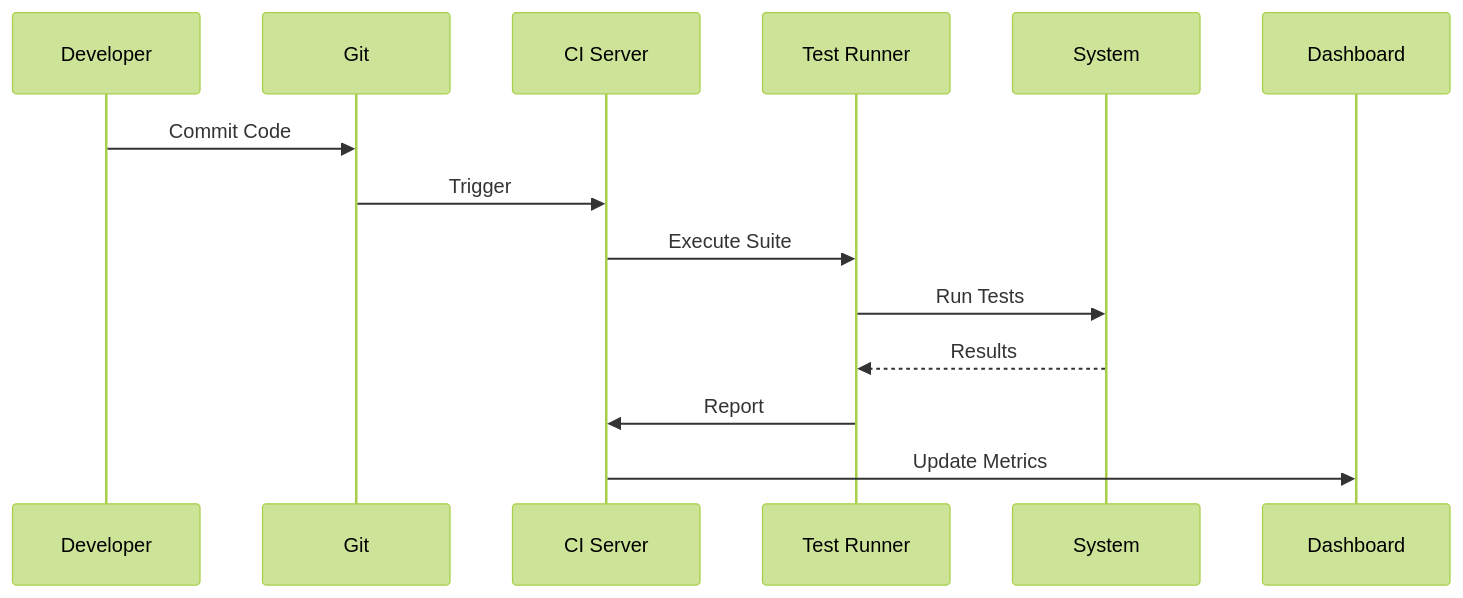
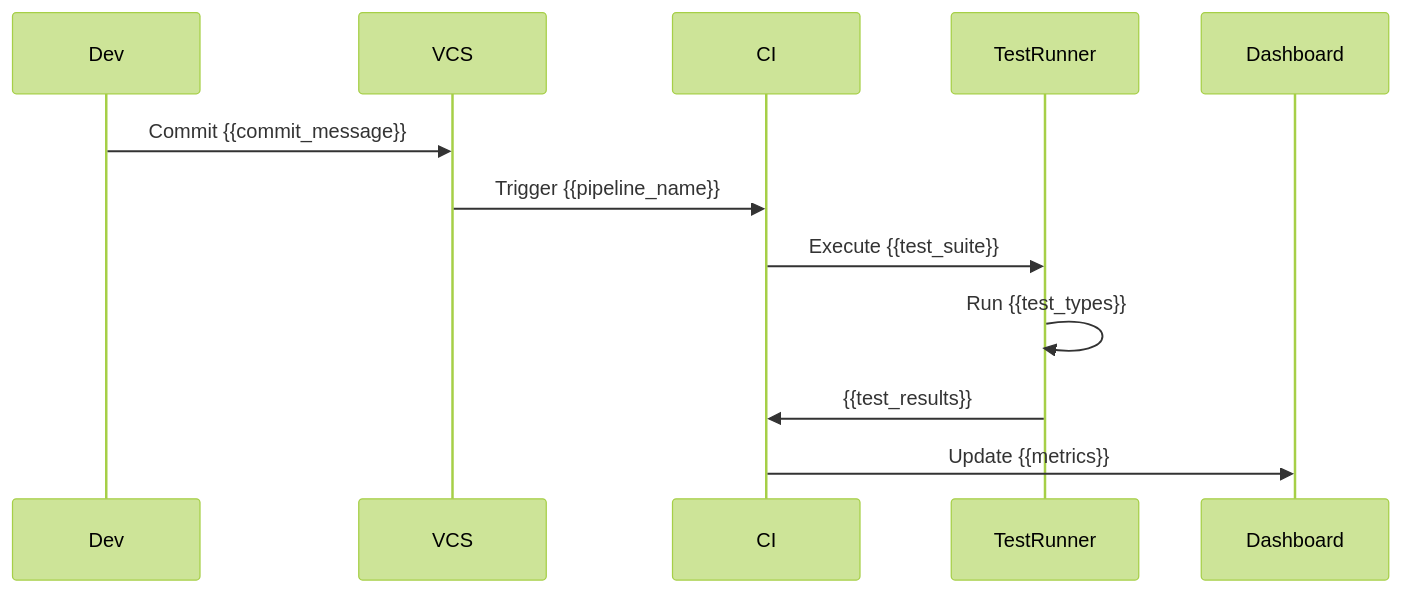
The third of 4 diagrams in templates/TestingContext.md (ppeach/Cline-Starter-Prompt), drawn with Mermaid (forest theme) before and after one commit. The commit also changed other lines of this file, not shown here.

````diff
--- a/templates/TestingContext.md
+++ b/templates/TestingContext.md
@@ -95,10 +99,14 @@
 ```mermaid
 sequenceDiagram
-    Developer->>Git: Commit Code
-    Git->>CI Server: Trigger
-    CI Server->>Test Runner: Execute Suite
-    Test Runner->>System: Run Tests
-    System-->>Test Runner: Results
-    Test Runner->>CI Server: Report
-    CI Server->>Dashboard: Update Metrics
+    participant Dev
+    participant VCS
+    participant CI
+    participant TestRunner
+    
+    Dev->>VCS: Commit {{commit_message}}
+    VCS->>CI: Trigger {{pipeline_name}}
+    CI->>TestRunner: Execute {{test_suite}}
+    TestRunner->>TestRunner: Run {{test_types}}
+    TestRunner->>CI: {{test_results}}
+    CI->>Dashboard: Update {{metrics}}
 ```
````
